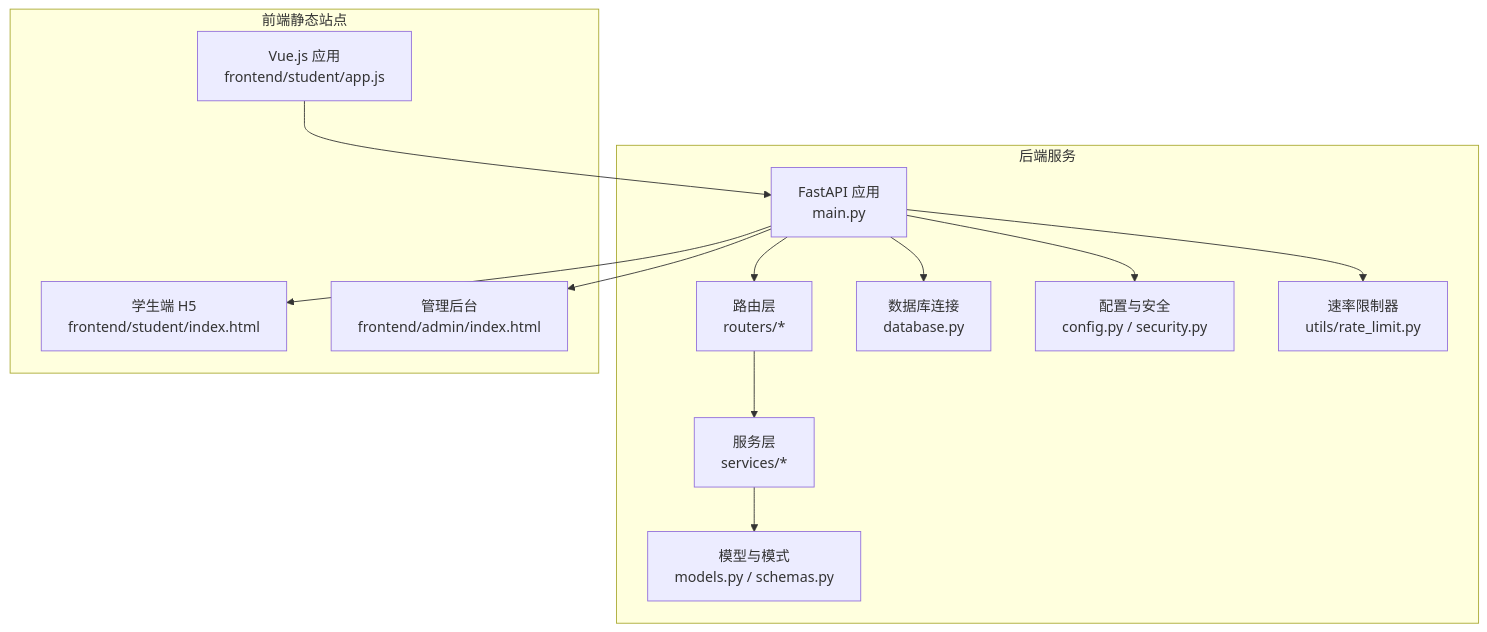
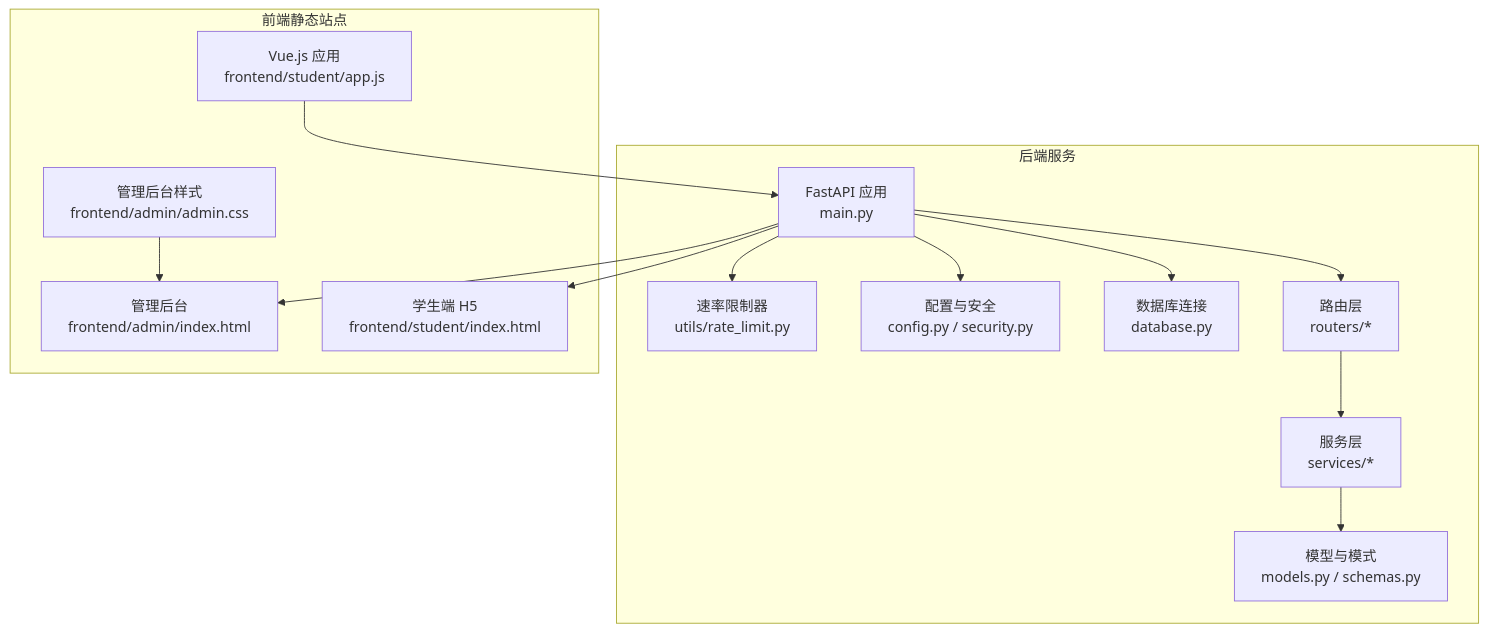
Before and after one commit to onebody/homework: the first of 11 diagrams in .qoder/repowiki/zh/content/项目概述/暑假作业打卡系统介绍/暑假作业打卡系统介绍.md, drawn with Mermaid. The commit also changed other lines of this file and 6 other files, not shown here.

````diff
--- a/.qoder/repowiki/zh/content/项目概述/暑假作业打卡系统介绍/暑假作业打卡系统介绍.md
+++ b/.qoder/repowiki/zh/content/项目概述/暑假作业打卡系统介绍/暑假作业打卡系统介绍.md
@@ -72,26 +77,28 @@
 ```mermaid
 graph TB
 subgraph "后端服务"
 A["FastAPI 应用<br/>main.py"]
 B["路由层<br/>routers/*"]
 C["服务层<br/>services/*"]
 D["模型与模式<br/>models.py / schemas.py"]
 E["数据库连接<br/>database.py"]
 F["配置与安全<br/>config.py / security.py"]
 G["速率限制器<br/>utils/rate_limit.py"]
 end
 subgraph "前端静态站点"
 H["学生端 H5<br/>frontend/student/index.html"]
 I["管理后台<br/>frontend/admin/index.html"]
 J["Vue.js 应用<br/>frontend/student/app.js"]
+K["管理后台样式<br/>frontend/admin/admin.css"]
 end
 A --> B
 B --> C
 C --> D
 A --> E
 A --> F
 A --> G
 A --> H
 A --> I
 J --> A
+K --> I
 ```
````
